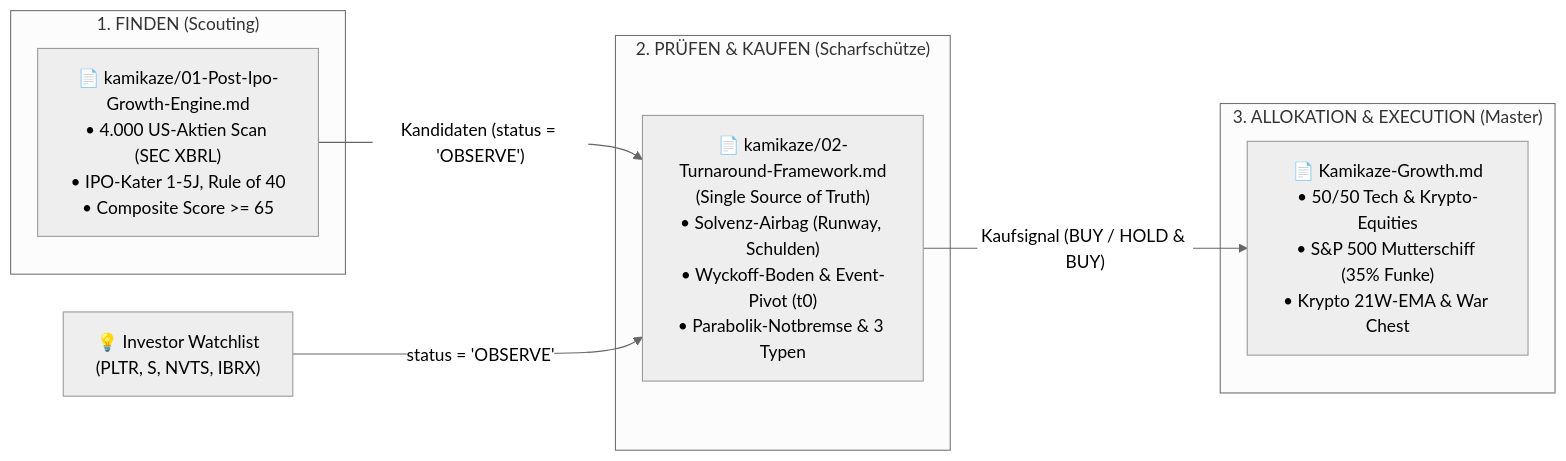
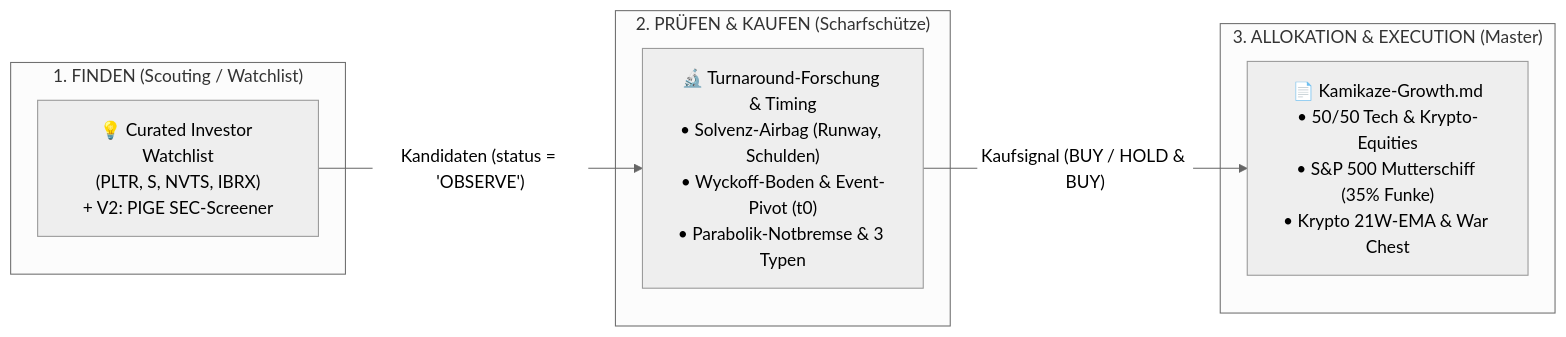
Before and after one commit to jahnhane1980/CrashRadar: the second of 2 diagrams in docs/README.md, drawn with Mermaid (neutral theme). The commit also changed other lines of this file and 75 other files, not shown here.

````diff
--- a/docs/README.md
+++ b/docs/README.md
@@ -80,18 +76,17 @@
 ```mermaid
 flowchart LR
-    subgraph S1 ["1. FINDEN (Scouting)"]
-        PIGE["📄 kamikaze/01-Post-Ipo-Growth-Engine.md<br>• 4.000 US-Aktien Scan (SEC XBRL)<br>• IPO-Kater 1-5J, Rule of 40<br>• Composite Score >= 65"]
+    subgraph S1 ["1. FINDEN (Scouting / Watchlist)"]
+        Scout["💡 Curated Investor Watchlist<br>(PLTR, S, NVTS, IBRX)<br>+ V2: PIGE SEC-Screener"]
     end
     
     subgraph S2 ["2. PRÜFEN & KAUFEN (Scharfschütze)"]
-        TF["📄 kamikaze/02-Turnaround-Framework.md<br>(Single Source of Truth)<br>• Solvenz-Airbag (Runway, Schulden)<br>• Wyckoff-Boden & Event-Pivot (t0)<br>• Parabolik-Notbremse & 3 Typen"]
+        TF["🔬 Turnaround-Forschung & Timing<br>• Solvenz-Airbag (Runway, Schulden)<br>• Wyckoff-Boden & Event-Pivot (t0)<br>• Parabolik-Notbremse & 3 Typen"]
     end
     
     subgraph S3 ["3. ALLOKATION & EXECUTION (Master)"]
         KMG["📄 Kamikaze-Growth.md<br>• 50/50 Tech & Krypto-Equities<br>• S&P 500 Mutterschiff (35% Funke)<br>• Krypto 21W-EMA & War Chest"]
     end
 
-    PIGE -- "Kandidaten (status = 'OBSERVE')" --> TF
-    UserCurated["💡 Investor Watchlist<br>(PLTR, S, NVTS, IBRX)"] -- "status = 'OBSERVE'" --> TF
+    Scout -- "Kandidaten (status = 'OBSERVE')" --> TF
     TF -- "Kaufsignal (BUY / HOLD & BUY)" --> KMG
 ```
````
